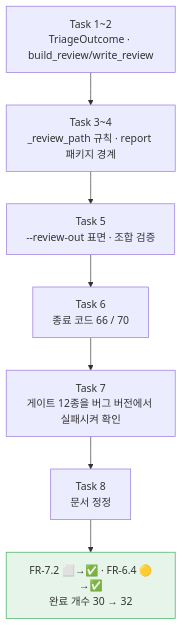
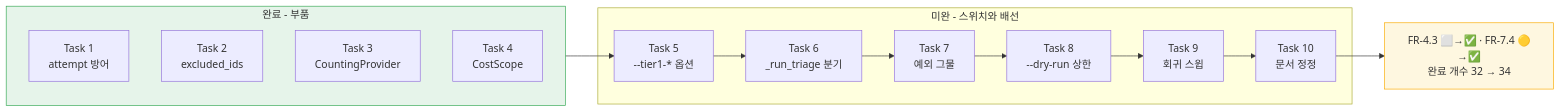
One commit to withwooyong/cuesift changed the diagram in HANDOFF.md. Above: the diagram before and after it, drawn with Mermaid. The commit also changed other lines of this file, not shown here.

````diff
--- a/HANDOFF.md
+++ b/HANDOFF.md
@@ -25,10 +30,20 @@
 ```mermaid
-flowchart TD
-    A["Task 1~2<br/>TriageOutcome · build_review/write_review"] --> B["Task 3~4<br/>_review_path 규칙 · report 패키지 경계"]
-    B --> C["Task 5<br/>--review-out 표면 · 조합 검증"]
-    C --> D["Task 6<br/>종료 코드 66 / 70"]
-    D --> E["Task 7<br/>게이트 12종을 버그 버전에서 실패시켜 확인"]
-    E --> F["Task 8<br/>문서 정정"]
-    F --> G["FR-7.2 ⬜→✅ · FR-6.4 🟡→✅<br/>완료 개수 30 → 32"]
-    style G fill:#e6f4ea,stroke:#34a853
+flowchart LR
+    subgraph done["완료 - 부품"]
+        T1["Task 1<br/>attempt 방어"]
+        T2["Task 2<br/>excluded_ids"]
+        T3["Task 3<br/>CountingProvider"]
+        T4["Task 4<br/>CostScope"]
+    end
+    subgraph todo["미완 - 스위치와 배선"]
+        T5["Task 5<br/>--tier1-* 옵션"] --> T6["Task 6<br/>_run_triage 분기"]
+        T6 --> T7["Task 7<br/>예외 그물"]
+        T7 --> T8["Task 8<br/>--dry-run 상한"]
+        T8 --> T9["Task 9<br/>회귀 스윕"]
+        T9 --> T10["Task 10<br/>문서 정정"]
+    end
+    done --> T5
+    T10 --> R["FR-4.3 ⬜→✅ · FR-7.4 🟡→✅<br/>완료 개수 32 → 34"]
+    style done fill:#e6f4ea,stroke:#34a853
+    style R fill:#fef7e0,stroke:#f9ab00
 ```
````
